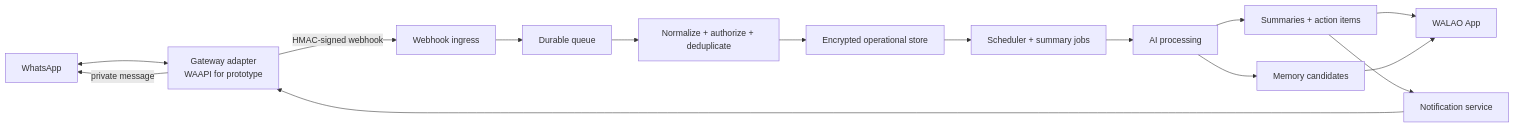
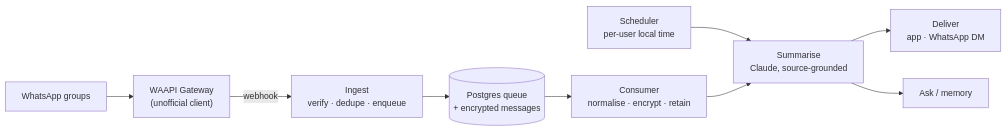
The diagram in README.md (MK-Chan-MECACA/walao), drawn with Mermaid before and after one commit. The commit also changed other lines of this file and 2 other files, not shown here.

````diff
--- a/README.md
+++ b/README.md
@@ -225,17 +49,11 @@
 ```mermaid
 flowchart LR
-    WA["WhatsApp"] <--> GW["Gateway adapter\nWAAPI for prototype"]
-    GW -->|"HMAC-signed webhook"| IN["Webhook ingress"]
-    IN --> Q["Durable queue"]
-    Q --> N["Normalize + authorize + deduplicate"]
-    N --> DB["Encrypted operational store"]
-    DB --> JOB["Scheduler + summary jobs"]
-    JOB --> AI["AI processing"]
-    AI --> SUM["Summaries + action items"]
-    AI --> CAND["Memory candidates"]
-    SUM --> APP["WALAO App"]
-    CAND --> APP
-    SUM --> OUT["Notification service"]
-    OUT --> GW
-    GW -->|"private message"| WA
+  WA["WhatsApp groups"] --> GW["WAAPI Gateway<br/>(unofficial client)"]
+  GW -->|webhook| IN["Ingest<br/>verify · dedupe · enqueue"]
+  IN --> Q[("Postgres queue<br/>+ encrypted messages")]
+  Q --> CO["Consumer<br/>normalise · encrypt · retain"]
+  SC["Scheduler<br/>per-user local time"] --> SU["Summarise<br/>Claude, source-grounded"]
+  CO --> SU
+  SU --> DL["Deliver<br/>app · WhatsApp DM"]
+  SU --> ASK["Ask / memory"]
 ```
````
